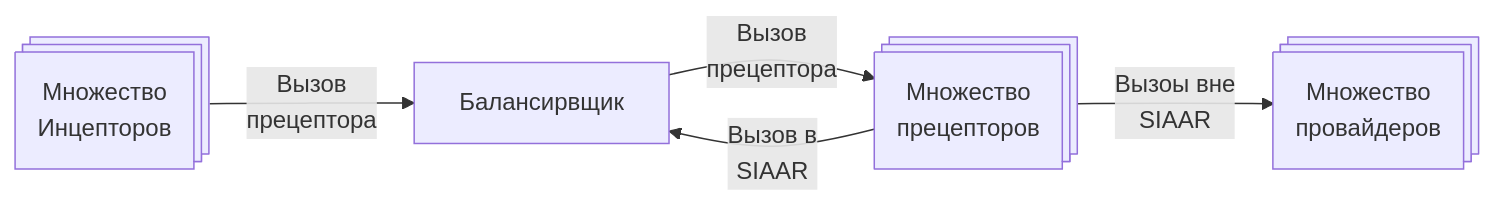
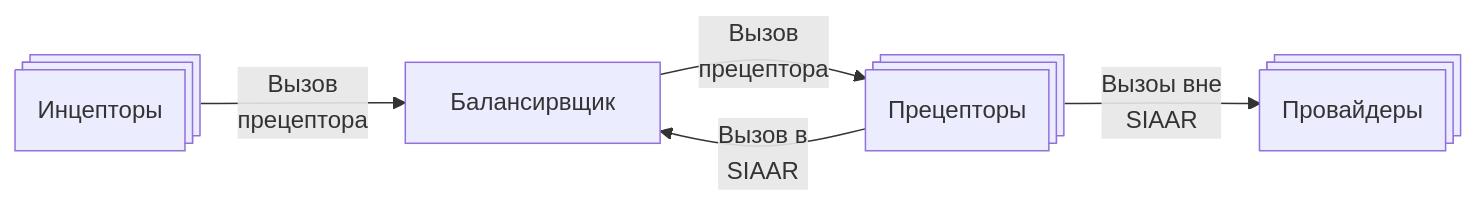
Before and after one commit to johnthesmith/scraps: the fourth of 4 diagrams in ru/siama.md, drawn with Mermaid.

````diff
--- a/ru/siama.md
+++ b/ru/siama.md
@@ -110,13 +110,13 @@
 ```mermaid
 flowchart LR
 
     balancer_inner[ Балансирвщик ]
-    inceptor([Множество<br>Инцепторов])@{ shape: processes }
-    provider([Множество<br>провайдеров])@{ shape: processes }
-    preceptor([Множество <br> прецепторов])@{ shape: processes }
+    inceptor([Инцепторы])@{ shape: processes }
+    provider([Провайдеры])@{ shape: processes }
+    preceptor([Прецепторы])@{ shape: processes }
 
     inceptor --> |Вызов <br> прецептора| balancer_inner
     balancer_inner --> |Вызов <br> прецептора| preceptor
     preceptor --> |Вызов в<br> SIAAR| balancer_inner
     preceptor --> |Вызоы вне<br> SIAAR| provider
 ```
````
